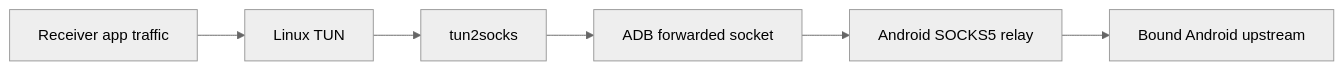
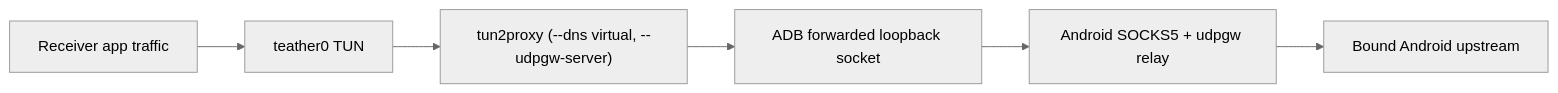
One commit to vel71184/Teather changed the first of 2 diagrams in docs/ARCHITECTURE.md. Above: the diagram before and after it, drawn with Mermaid (neutral theme). The commit also changed other lines of this file and 6 other files, not shown here.

````diff
--- a/docs/ARCHITECTURE.md
+++ b/docs/ARCHITECTURE.md
@@ -39,8 +42,8 @@
 ```mermaid
 flowchart LR
-    A["Receiver app traffic"] --> B["Linux TUN"]
-    B --> C["tun2socks"]
-    C --> D["ADB forwarded socket"]
-    D --> E["Android SOCKS5 relay"]
+    A["Receiver app traffic"] --> B["teather0 TUN"]
+    B --> C["tun2proxy (--dns virtual, --udpgw-server)"]
+    C --> D["ADB forwarded loopback socket"]
+    D --> E["Android SOCKS5 + udpgw relay"]
     E --> F["Bound Android upstream"]
 ```
````
